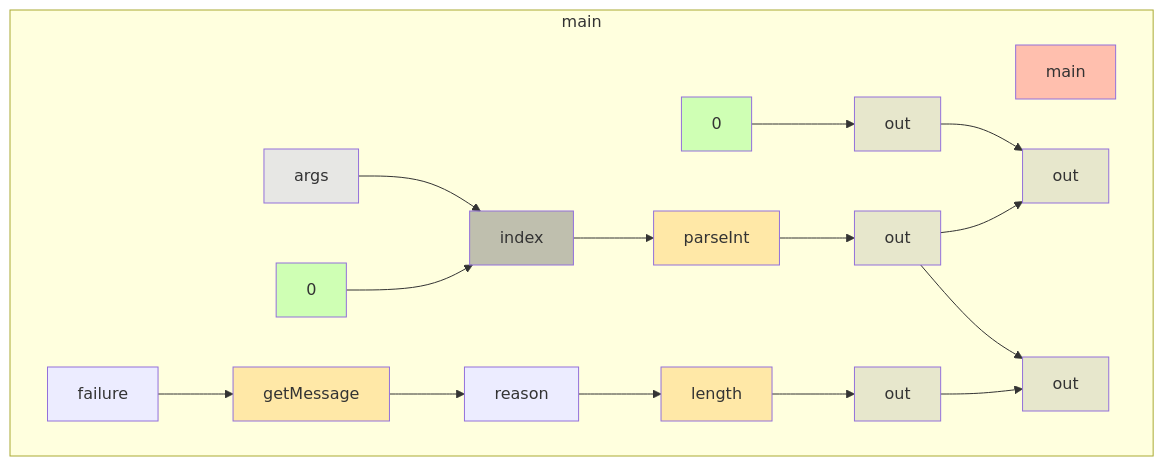
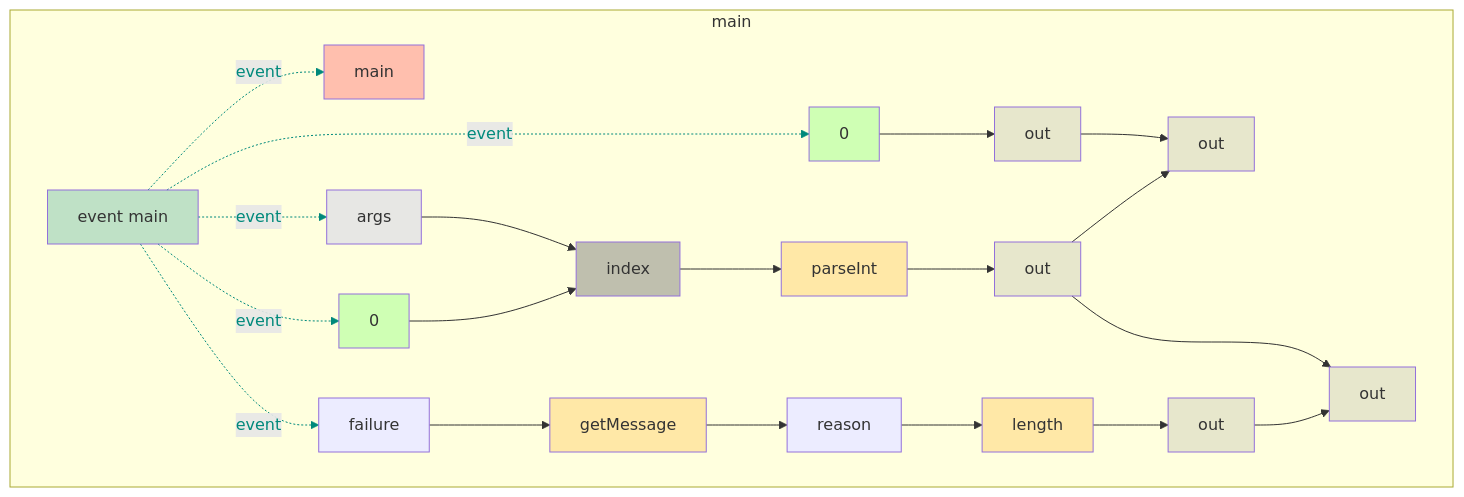
Before and after one commit to gstiebler/codeflow: the diagram in app/src/test/resources/catchParameter/snapshot.md, drawn with Mermaid. The commit also changed 77 other files, not shown here.

````diff
--- a/app/src/test/resources/catchParameter/snapshot.md
+++ b/app/src/test/resources/catchParameter/snapshot.md
@@ -1,40 +1,52 @@
 ```mermaid
 flowchart TD
   subgraph b0["main"]
-    n1[main]:::RETURN
-    n2[args]:::FUNC_PARAM
-    n3[0]:::LITERAL
-    n4[out]:::VARIABLE
-    n5[0]:::LITERAL
-    n6[index]:::BIN_OP
-    n7[parseInt]:::EXTERNAL
-    n8[out]:::VARIABLE
+    n1[event main]:::EVENT
+    n2[main]:::RETURN
+    n3[args]:::FUNC_PARAM
+    n4[0]:::LITERAL
+    n5[out]:::VARIABLE
+    n6[0]:::LITERAL
+    n7[index]:::BIN_OP
+    n8[parseInt]:::EXTERNAL
     n9[out]:::VARIABLE
-    n10[failure]:::OBJ_VARIABLE
-    n11[getMessage]:::EXTERNAL
-    n12[reason]:::OBJ_VARIABLE
-    n13[length]:::EXTERNAL
-    n14[out]:::VARIABLE
+    n10[out]:::VARIABLE
+    n11[failure]:::OBJ_VARIABLE
+    n12[getMessage]:::EXTERNAL
+    n13[reason]:::OBJ_VARIABLE
+    n14[length]:::EXTERNAL
     n15[out]:::VARIABLE
-    n2[args]:::FUNC_PARAM --> n6[index]:::BIN_OP
-    n3[0]:::LITERAL --> n4[out]:::VARIABLE
-    n4[out]:::VARIABLE --> n9[out]:::VARIABLE
-    n5[0]:::LITERAL --> n6[index]:::BIN_OP
-    n6[index]:::BIN_OP --> n7[parseInt]:::EXTERNAL
-    n7[parseInt]:::EXTERNAL --> n8[out]:::VARIABLE
-    n8[out]:::VARIABLE --> n9[out]:::VARIABLE
-    n8[out]:::VARIABLE --> n15[out]:::VARIABLE
-    n10[failure]:::OBJ_VARIABLE --> n11[getMessage]:::EXTERNAL
-    n11[getMessage]:::EXTERNAL --> n12[reason]:::OBJ_VARIABLE
-    n12[reason]:::OBJ_VARIABLE --> n13[length]:::EXTERNAL
-    n13[length]:::EXTERNAL --> n14[out]:::VARIABLE
-    n14[out]:::VARIABLE --> n15[out]:::VARIABLE
+    n16[out]:::VARIABLE
+    n1[event main]:::EVENT -. event .-> n2[main]:::RETURN
+    n1[event main]:::EVENT -. event .-> n3[args]:::FUNC_PARAM
+    n1[event main]:::EVENT -. event .-> n4[0]:::LITERAL
+    n1[event main]:::EVENT -. event .-> n6[0]:::LITERAL
+    n1[event main]:::EVENT -. event .-> n11[failure]:::OBJ_VARIABLE
+    n3[args]:::FUNC_PARAM --> n7[index]:::BIN_OP
+    n4[0]:::LITERAL --> n5[out]:::VARIABLE
+    n5[out]:::VARIABLE --> n10[out]:::VARIABLE
+    n6[0]:::LITERAL --> n7[index]:::BIN_OP
+    n7[index]:::BIN_OP --> n8[parseInt]:::EXTERNAL
+    n8[parseInt]:::EXTERNAL --> n9[out]:::VARIABLE
+    n9[out]:::VARIABLE --> n10[out]:::VARIABLE
+    n9[out]:::VARIABLE --> n16[out]:::VARIABLE
+    n11[failure]:::OBJ_VARIABLE --> n12[getMessage]:::EXTERNAL
+    n12[getMessage]:::EXTERNAL --> n13[reason]:::OBJ_VARIABLE
+    n13[reason]:::OBJ_VARIABLE --> n14[length]:::EXTERNAL
+    n14[length]:::EXTERNAL --> n15[out]:::VARIABLE
+    n15[out]:::VARIABLE --> n16[out]:::VARIABLE
   end
+  linkStyle 0 stroke:#00897b,color:#00897b
+  linkStyle 1 stroke:#00897b,color:#00897b
+  linkStyle 2 stroke:#00897b,color:#00897b
+  linkStyle 3 stroke:#00897b,color:#00897b
+  linkStyle 4 stroke:#00897b,color:#00897b
   classDef LITERAL fill:#00FF0030
   classDef VARIABLE fill:#80808030
   classDef BIN_OP fill:#80808080
   classDef FUNC_PARAM fill:#8080FF30
   classDef RETURN fill:#FF808080
   classDef EXTERNAL fill:#FFA50040
   classDef UNMODELLED fill:#FF000030,stroke-dasharray: 4 2
+  classDef EVENT fill:#00897B40
 ```
````
